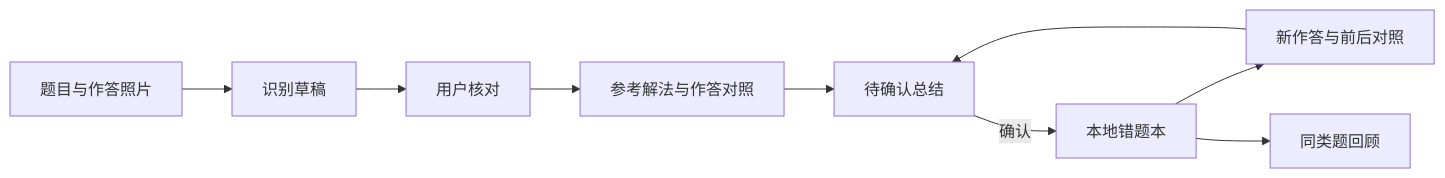
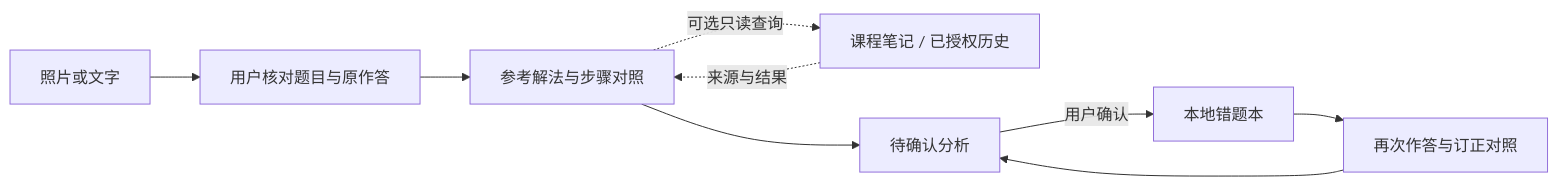
One commit to 03jiang/math-learning-agent changed the diagram in README.md. Above: the diagram before and after it, drawn with Mermaid. The commit also changed other lines of this file and 177 other files, not shown here.

````diff
--- a/README.md
+++ b/README.md
@@ -17,11 +21,11 @@
 ```mermaid
 flowchart LR
-    A[题目与作答照片] --> B[识别草稿]
-    B --> C[用户核对]
-    C --> D[参考解法与作答对照]
-    D --> E[待确认总结]
-    E -->|确认| F[本地错题本]
-    F --> G[新作答与前后对照]
+    A[照片或文字] --> B[用户核对题目与原作答]
+    B --> C[参考解法与步骤对照]
+    C -. 可选只读查询 .-> D[课程笔记 / 已授权历史]
+    D -. 来源与结果 .-> C
+    C --> E[待确认分析]
+    E -->|用户确认| F[本地错题本]
+    F --> G[再次作答与订正对照]
     G --> E
-    F --> H[同类题回顾]
 ```
````
